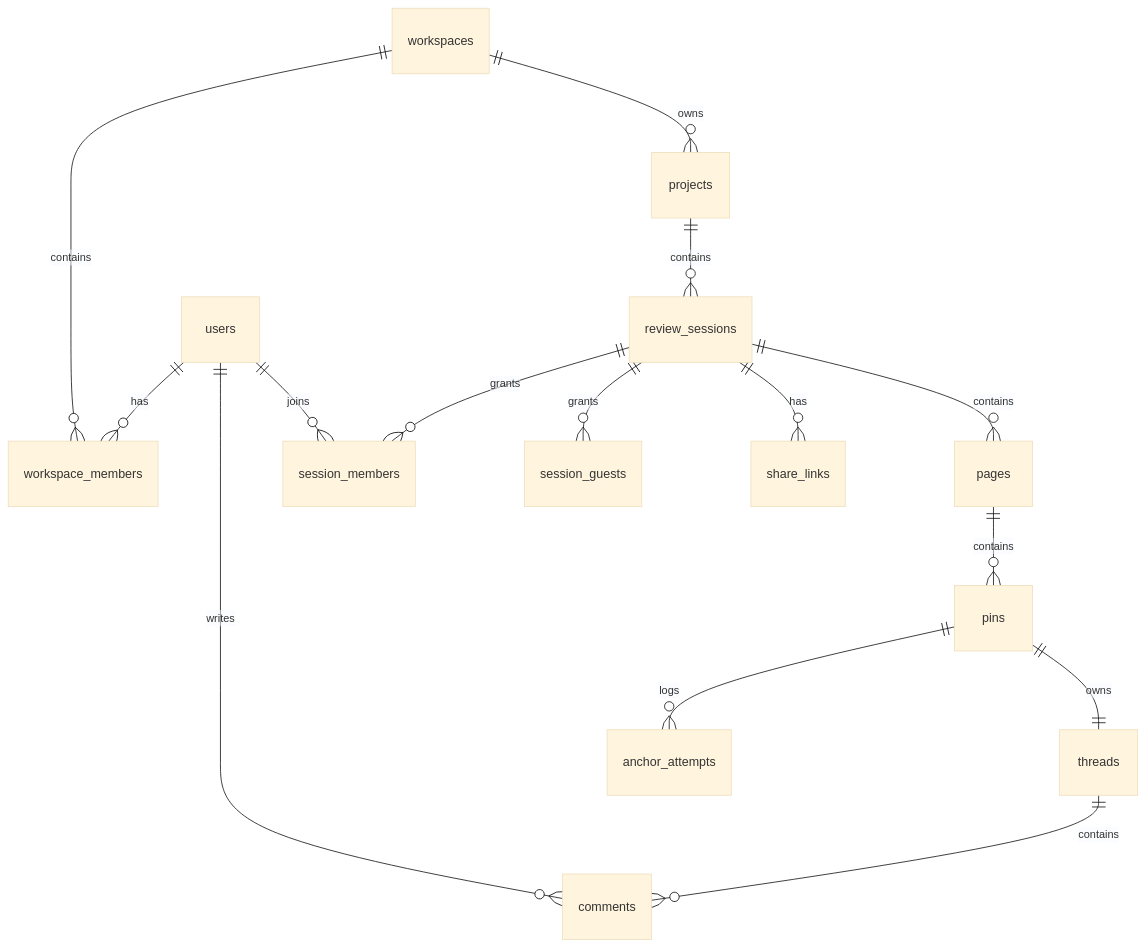
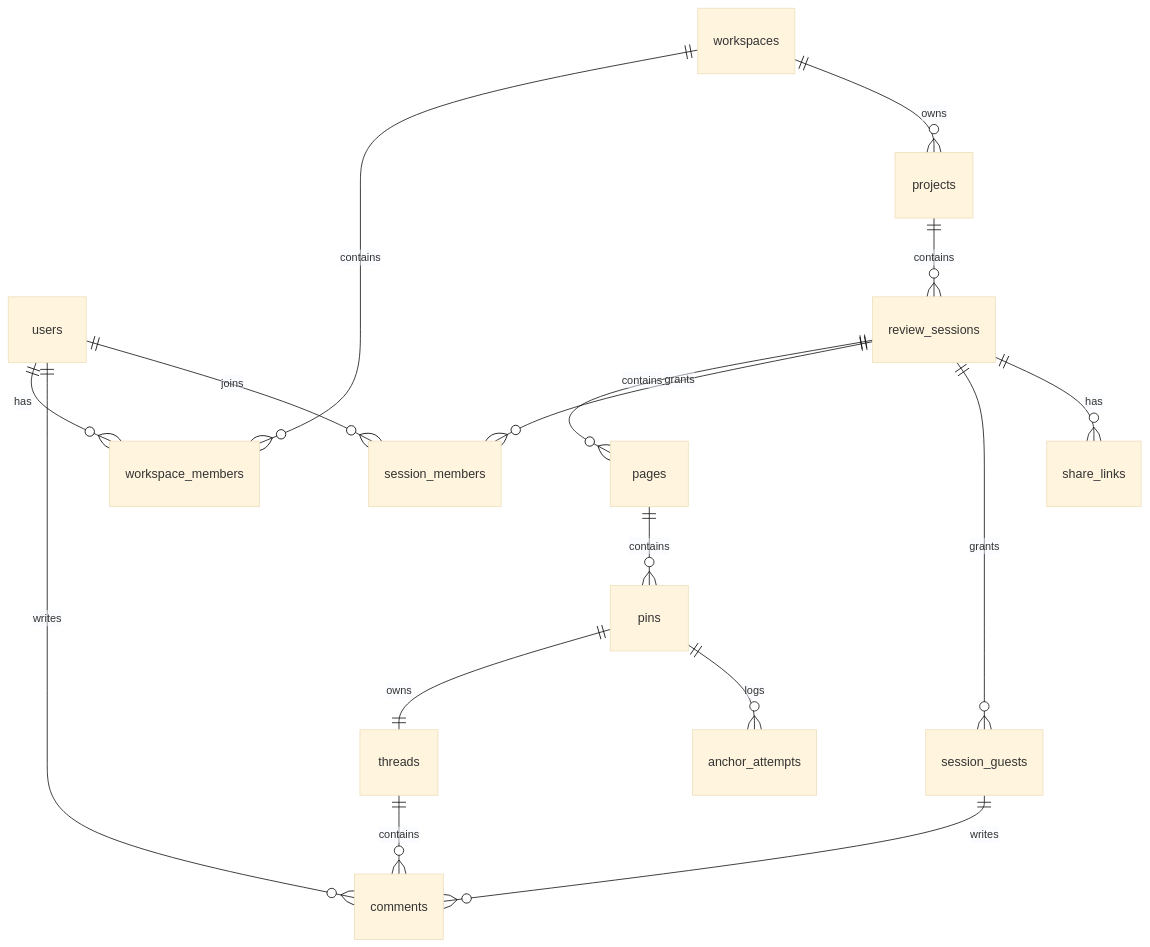
The diagram in docs/06_DATABASE_ERD.md (eleanorewu/webcomment), drawn with Mermaid (base theme) before and after one commit. The commit also changed other lines of this file and 1 other file, not shown here.

````diff
--- a/docs/06_DATABASE_ERD.md
+++ b/docs/06_DATABASE_ERD.md
@@ -15,17 +15,18 @@
 ```mermaid
 erDiagram
   users ||--o{ workspace_members : has
   workspaces ||--o{ workspace_members : contains
   workspaces ||--o{ projects : owns
   projects ||--o{ review_sessions : contains
   review_sessions ||--o{ pages : contains
   pages ||--o{ pins : contains
   pins ||--|| threads : owns
   threads ||--o{ comments : contains
   users ||--o{ comments : writes
+  session_guests ||--o{ comments : writes
   review_sessions ||--o{ session_members : grants
   review_sessions ||--o{ session_guests : grants
   users ||--o{ session_members : joins
   review_sessions ||--o{ share_links : has
   pins ||--o{ anchor_attempts : logs
 ```
````
